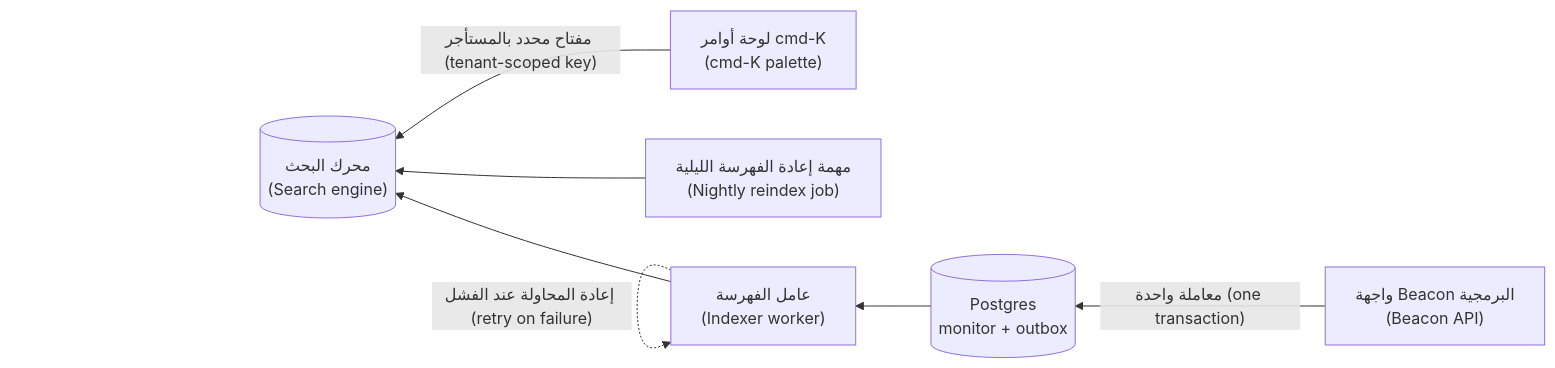
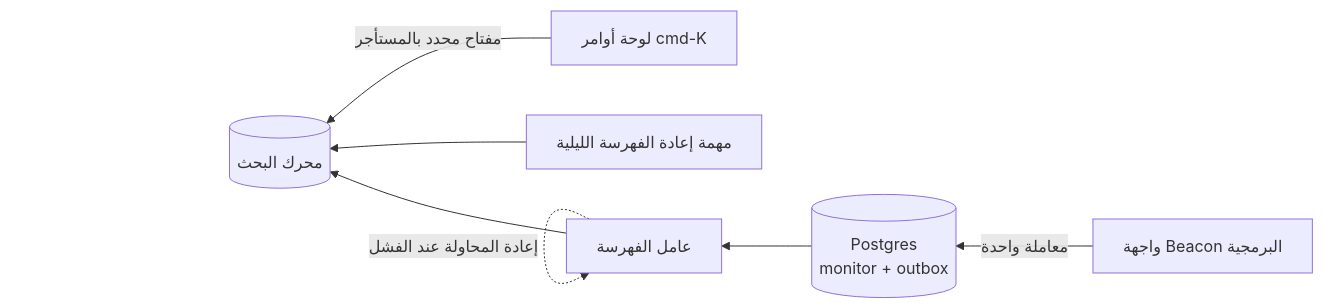
One commit to Tamoura/system-design-for-vibe-coders changed the sixth of 9 diagrams in saas/modules/02-data.ar.md. Above: the diagram before and after it, drawn with Mermaid. The commit also changed other lines of this file and 551 other files, not shown here.

````diff
--- a/saas/modules/02-data.ar.md
+++ b/saas/modules/02-data.ar.md
@@ -654,9 +681,9 @@
 ```mermaid
 flowchart RL
-    APP["واجهة Beacon البرمجية<br/>(Beacon API)"] -->|"معاملة واحدة (one transaction)"| PG[("Postgres<br/>monitor + outbox")]
-    PG --> W["عامل الفهرسة<br/>(Indexer worker)"]
-    W --> SE[("محرك البحث<br/>(Search engine)")]
-    W -.->|"إعادة المحاولة عند الفشل (retry on failure)"| W
-    J["مهمة إعادة الفهرسة الليلية<br/>(Nightly reindex job)"] --> SE
-    UI["لوحة أوامر cmd-K<br/>(cmd-K palette)"] -->|"مفتاح محدد بالمستأجر (tenant-scoped key)"| SE
+    APP["واجهة Beacon البرمجية"] -->|"معاملة واحدة"| PG[("Postgres<br/>monitor + outbox")]
+    PG --> W["عامل الفهرسة"]
+    W --> SE[("محرك البحث")]
+    W -.->|"إعادة المحاولة عند الفشل"| W
+    J["مهمة إعادة الفهرسة الليلية"] --> SE
+    UI["لوحة أوامر cmd-K"] -->|"مفتاح محدد بالمستأجر"| SE
 ```
````
